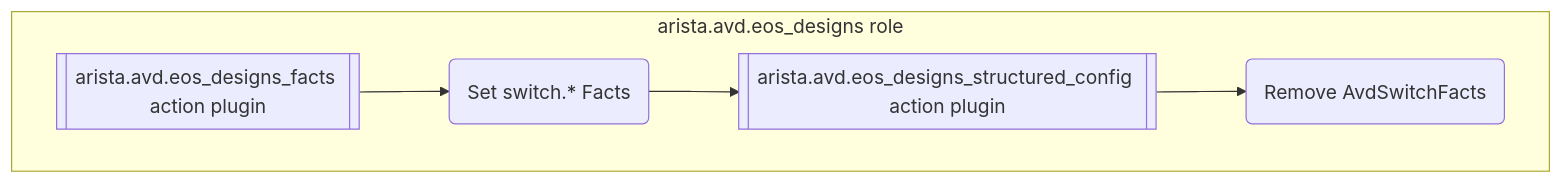
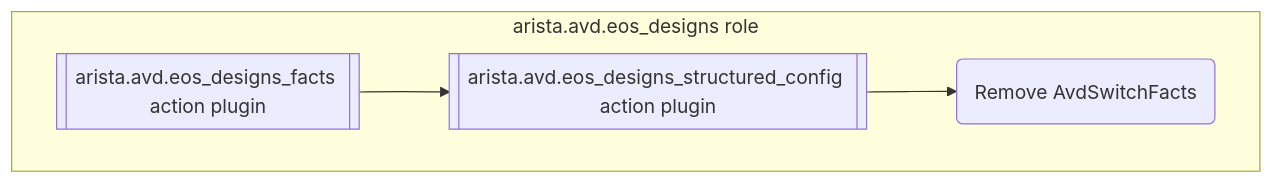
Before and after one commit to cnoel490/literate-journey: the first of 5 diagrams in docs/contribution/eos_designs_internal_notes.md, drawn with Mermaid. The commit also changed other lines of this file and 19 other files, not shown here.

````diff
--- a/docs/contribution/eos_designs_internal_notes.md
+++ b/docs/contribution/eos_designs_internal_notes.md
@@ -15,9 +15,8 @@
 ```mermaid
 flowchart TD
   subgraph role[arista.avd.eos_designs role]
     eos_designs_facts[[arista.avd.eos_designs_facts action plugin]] -->
-    SetSwitchFacts(Set switch.* Facts) -->
     eos_designs_structured_config[[arista.avd.eos_designs_structured_config action plugin]]-->
     RemoveAvdSwitchFacts(Remove AvdSwitchFacts)
   end
 ```
````
